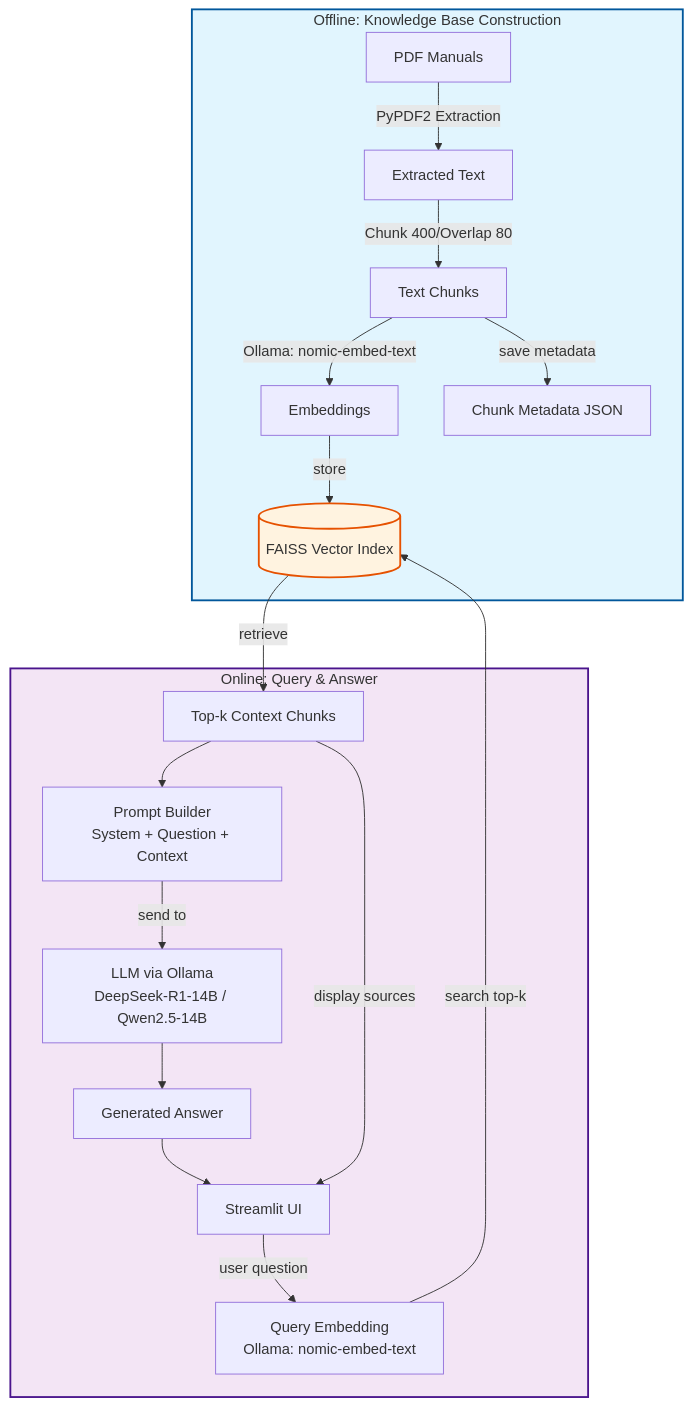
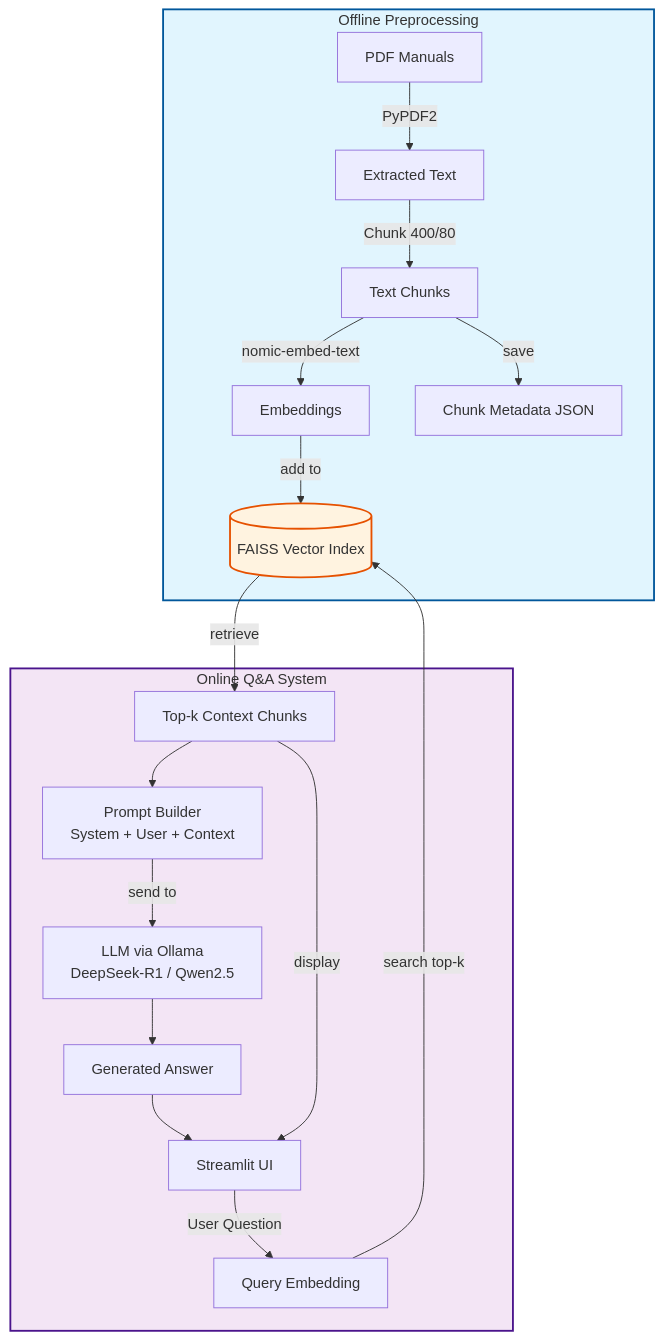
One commit to WebShell-Hello/RAG-Qwen-Ollama changed the diagram in Dataflow.md. Above: the diagram before and after it, drawn with Mermaid.

````diff
--- a/Dataflow.md
+++ b/Dataflow.md
@@ -1,32 +1,32 @@
 ```mermaid
 flowchart TB
-    %% Offline preprocessing
-    subgraph OFFLINE[Offline: Knowledge Base Construction]
-        A[PDF Manuals] -->|PyPDF2 Extraction| B[Extracted Text]
-        B -->|Chunk 400/Overlap 80| C[Text Chunks]
-        C -->|Ollama: nomic-embed-text| D[Embeddings]
-        D -->|store| E[(FAISS Vector Index)]
-        C -->|save metadata| F[Chunk Metadata JSON]
+    %% Offline Preprocessing (Left Side)
+    subgraph Offline[Offline Preprocessing]
+        A[PDF Manuals] -->|PyPDF2| B[Extracted Text]
+        B -->|Chunk 400/80| C[Text Chunks]
+        C -->|nomic-embed-text| D[Embeddings]
+        D -->|add to| E[(FAISS Vector Index)]
+        C -->|save| F[Chunk Metadata JSON]
     end
 
-    %% Online inference
-    subgraph ONLINE[Online: Query & Answer]
-        G[Streamlit UI] -->|user question| H[Query Embedding<br/>Ollama: nomic-embed-text]
+    %% Online Q&A (Right Side)  
+    subgraph Online[Online Q&A System]
+        G[Streamlit UI] -->|User Question| H[Query Embedding]
         H -->|search top-k| E
         E -->|retrieve| I[Top-k Context Chunks]
-        I --> J[Prompt Builder<br/>System + Question + Context]
-        J -->|send to| K[LLM via Ollama<br/>DeepSeek-R1-14B / Qwen2.5-14B]
+        I --> J[Prompt Builder<br/>System + User + Context]
+        J -->|send to| K[LLM via Ollama<br/>DeepSeek-R1 / Qwen2.5]
         K --> L[Generated Answer]
         L --> G
-        I -->|display sources| G
+        I -->|display| G
     end
 
-    %% 样式定义
+    %% Styling for better visual separation
     classDef offlineStyle fill:#e1f5fe,stroke:#01579b,stroke-width:2px
     classDef onlineStyle fill:#f3e5f5,stroke:#4a148c,stroke-width:2px
     classDef storageStyle fill:#fff3e0,stroke:#e65100,stroke-width:2px
     
-    class OFFLINE offlineStyle
-    class ONLINE onlineStyle
+    class Offline offlineStyle
+    class Online onlineStyle
     class E storageStyle
 ```
````
